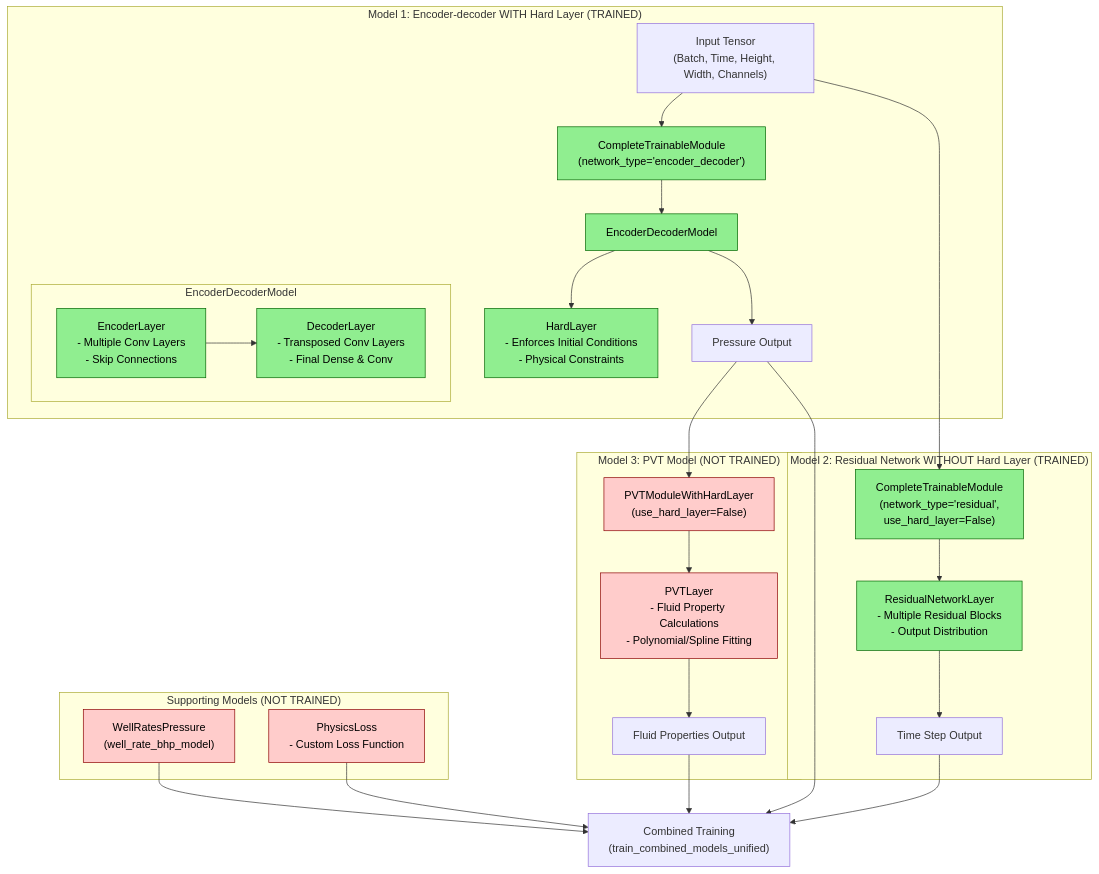
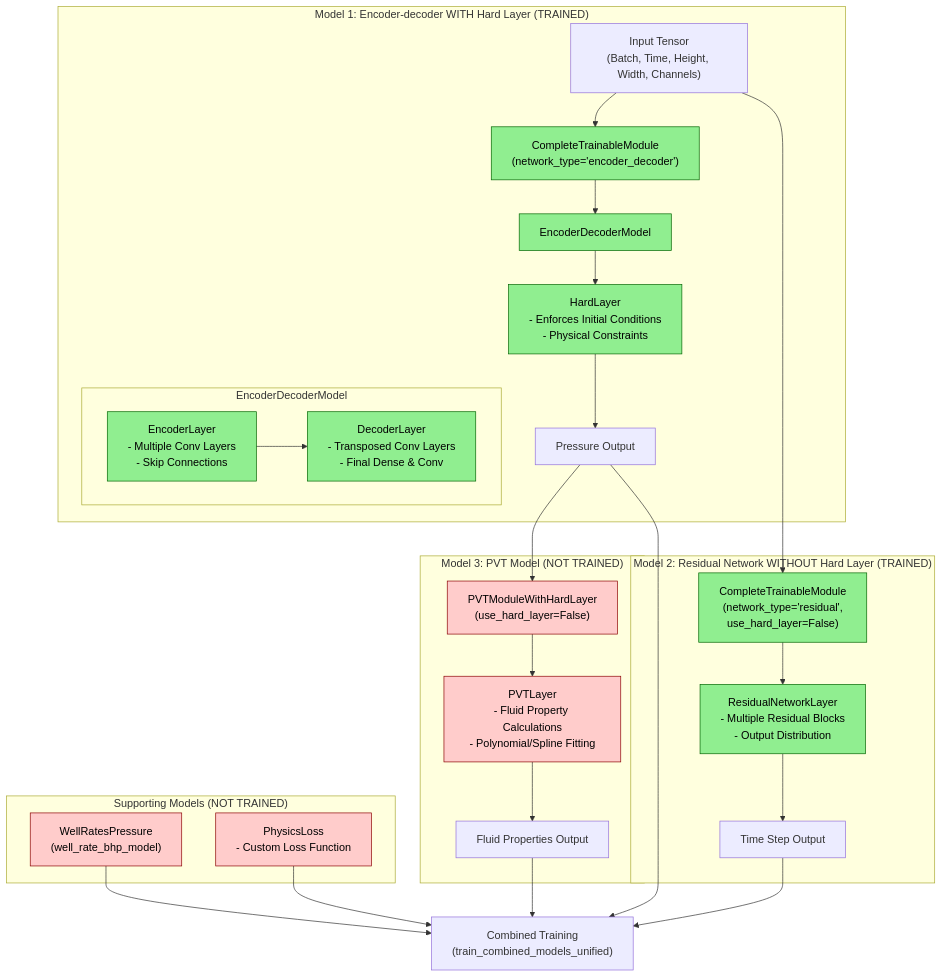
One commit to molokwuvictor/3d-physics-based-ai-surrogate-reservoir-model changed the diagram in README.md. Above: the diagram before and after it, drawn with Mermaid.

Commit message:
Update README mermaid diagram

````diff
--- a/README.md
+++ b/README.md
@@ -1,71 +1,69 @@
 ```mermaid
 graph TB
     %% Main input
     Input["Input Tensor<br>(Batch, Time, Height, Width, Channels)"]
     
     %% Define styles for trained vs non-trained components
     classDef trained fill:#90EE90,stroke:#006400,color:black
     classDef untrained fill:#FFCCCB,stroke:#8B0000,color:black
     
     %% Model 1: Encoder-decoder WITH Hard Layer
     subgraph "Model 1: Encoder-decoder WITH Hard Layer (TRAINED)"
         ED_Model["EncoderDecoderModel"]
         subgraph "EncoderDecoderModel"
             Encoder["EncoderLayer<br>- Multiple Conv Layers<br>- Skip Connections"]
             Decoder["DecoderLayer<br>- Transposed Conv Layers<br>- Final Dense & Conv"]
             Encoder --> Decoder
         end
         
         Hard["HardLayer<br>- Enforces Initial Conditions<br>- Physical Constraints"]
         
         Complete1["CompleteTrainableModule<br>(network_type='encoder_decoder')"]
-        
-        ED_Model --> Hard
-        
+               
         Input --> Complete1
         Complete1 --> ED_Model
-        ED_Model --> M1_Output["Pressure Output"]
+        ED_Model --> Hard --> M1_Output["Pressure Output"]
     end
     
     %% Model 2: Residual Neural Network WITHOUT Hard Layer
     subgraph "Model 2: Residual Network WITHOUT Hard Layer (TRAINED)"
         ResNet["ResidualNetworkLayer<br>- Multiple Residual Blocks<br>- Output Distribution"]
         
         Complete2["CompleteTrainableModule<br>(network_type='residual',<br>use_hard_layer=False)"]
         
         Input --> Complete2
         Complete2 --> ResNet
         ResNet --> M2_Output["Time Step Output"]
     end
     
     %% Model 3: PVT model WITHOUT Hard Layer
     subgraph "Model 3: PVT Model (NOT TRAINED)"
         PVT["PVTLayer<br>- Fluid Property Calculations<br>- Polynomial/Spline Fitting"]
         
         PVTModule["PVTModuleWithHardLayer<br>(use_hard_layer=False)"]
         
         M1_Output --> PVTModule
         PVTModule --> PVT
         PVT --> M3_Output["Fluid Properties Output"]
     end
     
     %% Additional components
     subgraph "Supporting Models (NOT TRAINED)"
         WellRates["WellRatesPressure<br>(well_rate_bhp_model)"]
         PhysicsLoss["PhysicsLoss<br>- Custom Loss Function"]
     end
     
     %% Training integration
     Training["Combined Training<br>(train_combined_models_unified)"]
     
     M1_Output --> Training
     M2_Output --> Training
     M3_Output --> Training
     WellRates --> Training
     PhysicsLoss --> Training
     
     %% Apply classes to nodes
     class Complete1,ED_Model,Hard,Encoder,Decoder trained
     class Complete2,ResNet trained
     class PVTModule,PVT,WellRates,PhysicsLoss untrained
 ```
````
